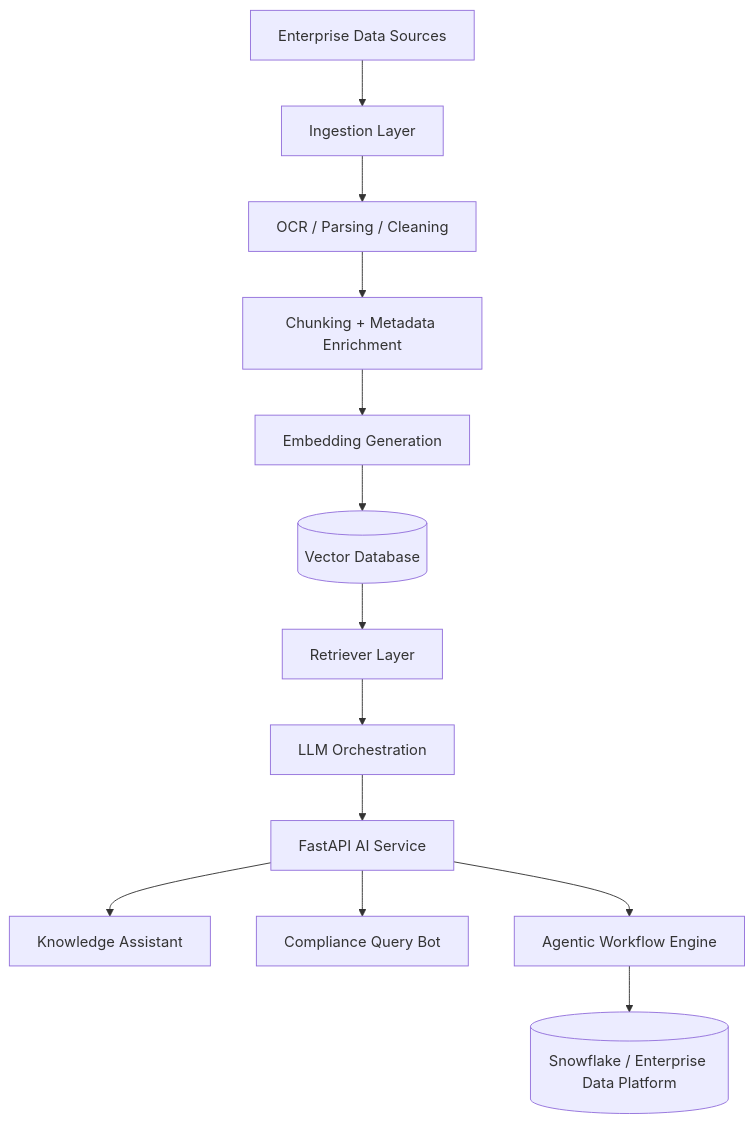
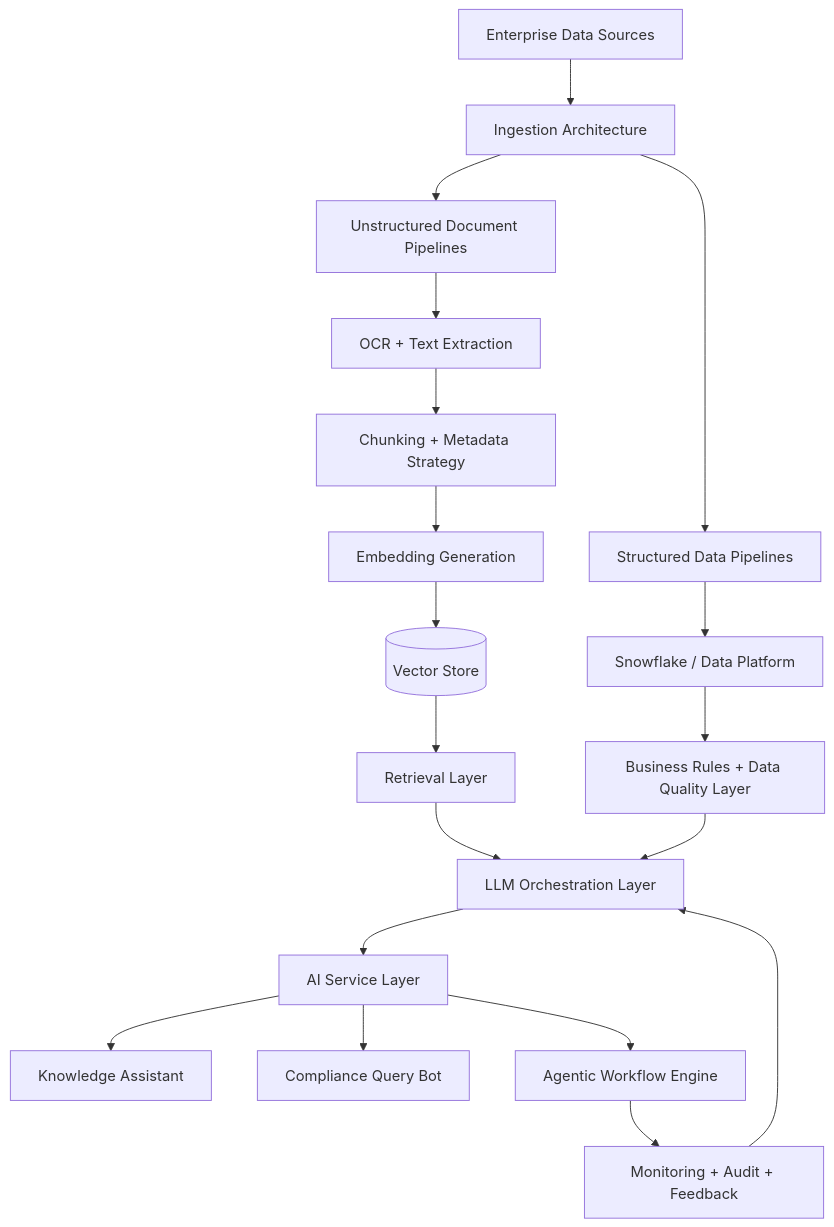
The first of 4 diagrams in README.md (dhanumjayasaggurthi/dhanumjayasaggurthi), drawn with Mermaid before and after one commit. The commit also changed other lines of this file, not shown here.

First line of the commit message:
Revise README for role and architecture updates

````diff
--- a/README.md
+++ b/README.md
@@ -43,15 +57,28 @@
 ```mermaid
 flowchart TD
-    A[Enterprise Data Sources] --> B[Ingestion Layer]
-    B --> C[OCR / Parsing / Cleaning]
-    C --> D[Chunking + Metadata Enrichment]
-    D --> E[Embedding Generation]
-    E --> F[(Vector Database)]
-    F --> G[Retriever Layer]
-    G --> H[LLM Orchestration]
-    H --> I[FastAPI AI Service]
-    I --> J[Knowledge Assistant]
-    I --> K[Compliance Query Bot]
-    I --> L[Agentic Workflow Engine]
-    L --> M[(Snowflake / Enterprise Data Platform)]
+    A[Enterprise Data Sources] --> B[Ingestion Architecture]
+
+    B --> C1[Structured Data Pipelines]
+    B --> C2[Unstructured Document Pipelines]
+
+    C1 --> D1[Snowflake / Data Platform]
+    C2 --> D2[OCR + Text Extraction]
+
+    D2 --> E[Chunking + Metadata Strategy]
+    E --> F[Embedding Generation]
+    F --> G[(Vector Store)]
+
+    D1 --> H[Business Rules + Data Quality Layer]
+    G --> I[Retrieval Layer]
+
+    I --> J[LLM Orchestration Layer]
+    H --> J
+
+    J --> K[AI Service Layer]
+    K --> L[Knowledge Assistant]
+    K --> M[Compliance Query Bot]
+    K --> N[Agentic Workflow Engine]
+
+    N --> O[Monitoring + Audit + Feedback]
+    O --> J
 ```
````
